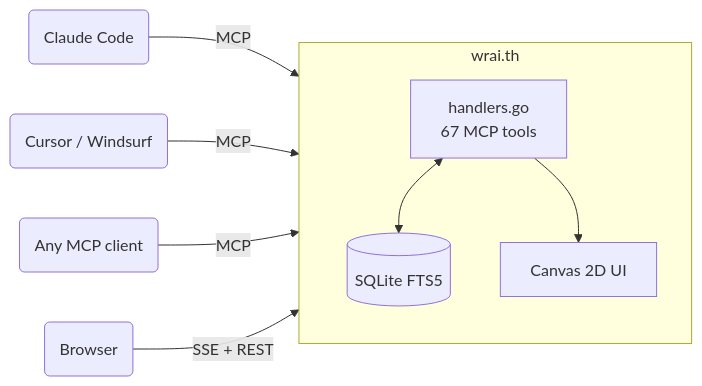
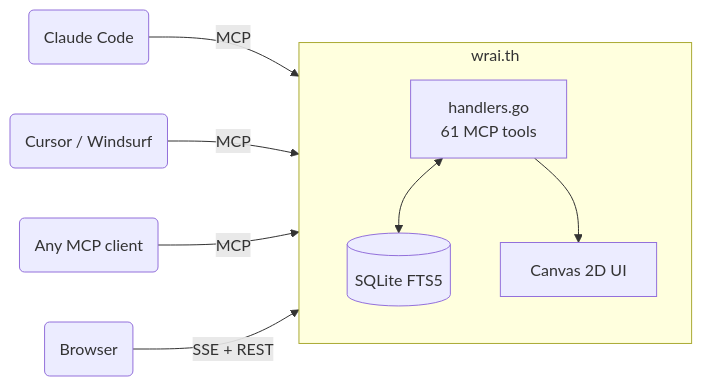
The diagram in README.md (Synergix-lab/WRAI.TH), drawn with Mermaid before and after one commit. The commit also changed other lines of this file and 221 other files, not shown here.

First line of the commit message:
Token reduction: slim relay — discovery mode, markdown outputs, schema diet (#25)

````diff
--- a/README.md
+++ b/README.md
@@ -808,15 +808,15 @@
 ```mermaid
 flowchart LR
     A1(Claude Code) -->|MCP| R
     A2(Cursor / Windsurf) -->|MCP| R
     A3(Any MCP client) -->|MCP| R
     B(Browser) -->|SSE + REST| R
 
     subgraph R[wrai.th]
-        H[handlers.go<br>67 MCP tools]
+        H[handlers.go<br>61 MCP tools]
         DB[(SQLite FTS5)]
         UI[Canvas 2D UI]
         H <--> DB
         H --> UI
     end
 ```
````
